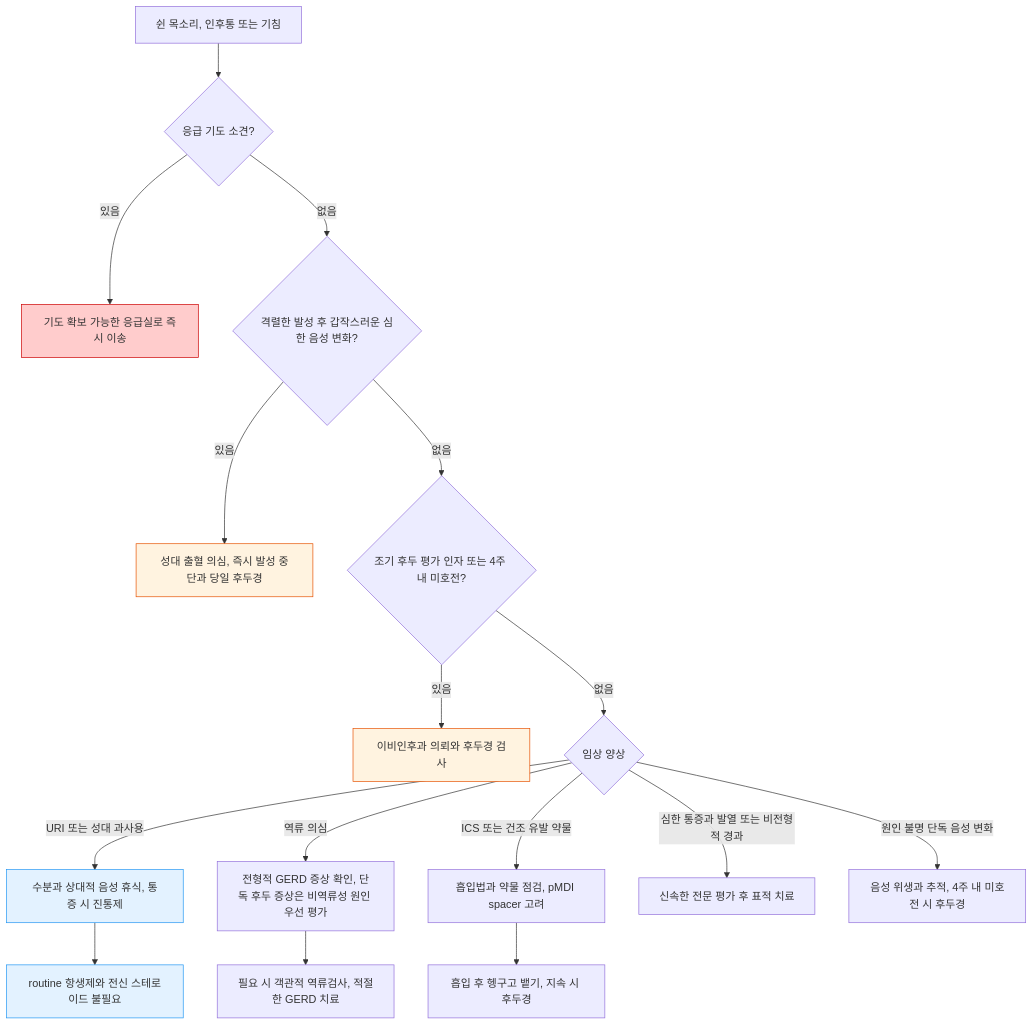
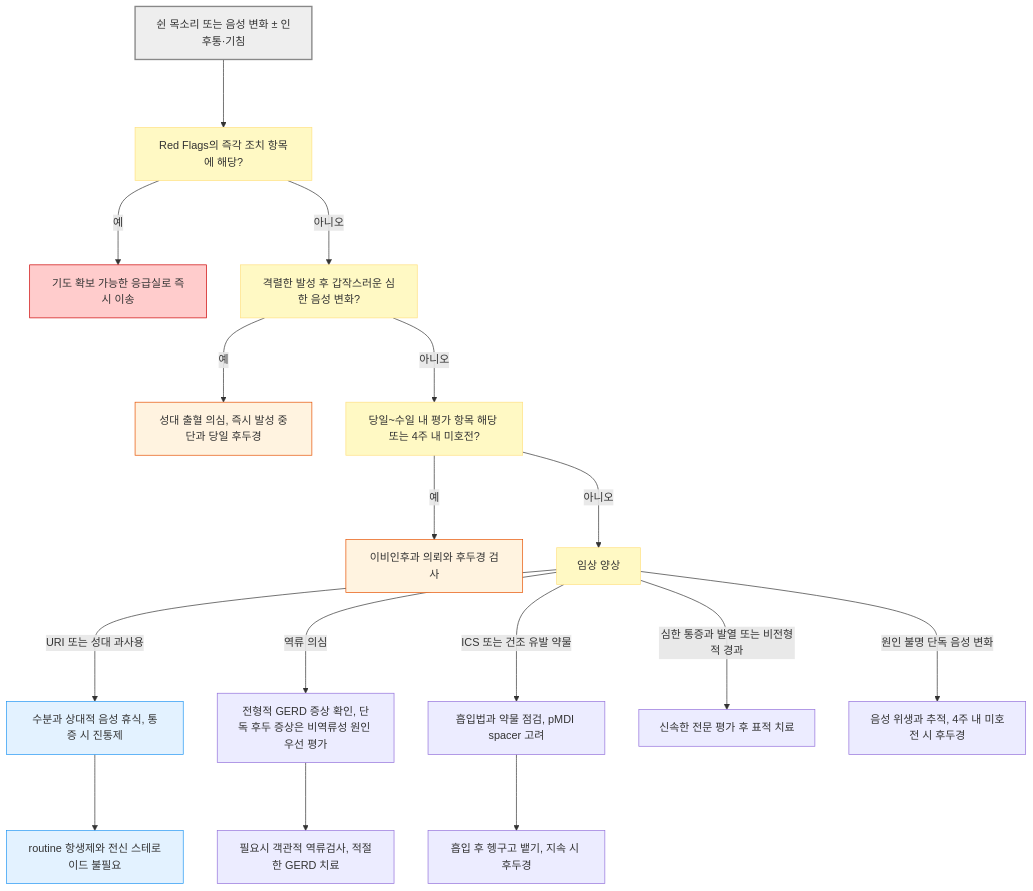
Before and after one commit to familyoh77/familyoh77: the diagram in 223_/063_-laryngitis.md, drawn with Mermaid. The commit also changed other lines of this file, not shown here.

````diff
--- a/223_/063_-laryngitis.md
+++ b/223_/063_-laryngitis.md
@@ -67,23 +68,28 @@
 ```mermaid
 graph TD
-    A["쉰 목소리, 인후통 또는 기침"] --> B{"응급 기도 소견?"}
-    B -->|있음| C["기도 확보 가능한 응급실로 즉시 이송"]
-    B -->|없음| D{"격렬한 발성 후 갑작스러운 심한 음성 변화?"}
-    D -->|있음| E["성대 출혈 의심, 즉시 발성 중단과 당일 후두경"]
-    D -->|없음| F{"조기 후두 평가 인자 또는 4주 내 미호전?"}
-    F -->|있음| G["이비인후과 의뢰와 후두경 검사"]
-    F -->|없음| H{"임상 양상"}
-    H -->|URI 또는 성대 과사용| I["수분과 상대적 음성 휴식, 통증 시 진통제"]
-    H -->|역류 의심| J["전형적 GERD 증상 확인, 단독 후두 증상은 비역류성 원인 우선 평가"]
-    H -->|ICS 또는 건조 유발 약물| K["흡입법과 약물 점검, pMDI spacer 고려"]
-    H -->|심한 통증과 발열 또는 비전형적 경과| L["신속한 전문 평가 후 표적 치료"]
-    H -->|원인 불명 단독 음성 변화| M["음성 위생과 추적, 4주 내 미호전 시 후두경"]
-    I --> N["routine 항생제와 전신 스테로이드 불필요"]
-    J --> O["필요 시 객관적 역류검사, 적절한 GERD 치료"]
-    K --> P["흡입 후 헹구고 뱉기, 지속 시 후두경"]
+    A["쉰 목소리 또는 음성 변화 ± 인후통·기침"] ---> B["Red Flags의 즉각 조치 항목에 해당?"]
+    B --->|예| C["기도 확보 가능한 응급실로 즉시 이송"]
+    B --->|아니오| D["격렬한 발성 후 갑작스러운 심한 음성 변화?"]
+    D --->|예| E["성대 출혈 의심, 즉시 발성 중단과 당일 후두경"]
+    D --->|아니오| F["당일~수일 내 평가 항목 해당 또는 4주 내 미호전?"]
+    F --->|예| G["이비인후과 의뢰와 후두경 검사"]
+    F --->|아니오| H["임상 양상"]
+    H --->|URI 또는 성대 과사용| I["수분과 상대적 음성 휴식, 통증 시 진통제"]
+    H --->|역류 의심| J["전형적 GERD 증상 확인, 단독 후두 증상은 비역류성 원인 우선 평가"]
+    H --->|ICS 또는 건조 유발 약물| K["흡입법과 약물 점검, pMDI spacer 고려"]
+    H --->|심한 통증과 발열 또는 비전형적 경과| L["신속한 전문 평가 후 표적 치료"]
+    H --->|원인 불명 단독 음성 변화| M["음성 위생과 추적, 4주 내 미호전 시 후두경"]
+    I ---> N["routine 항생제와 전신 스테로이드 불필요"]
+    J ---> O["필요시 객관적 역류검사, 적절한 GERD 치료"]
+    K ---> P["흡입 후 헹구고 뱉기, 지속 시 후두경"]
+    style A fill:#eeeeee,stroke:#888888,stroke-width:2px
+    style B fill:#fff9c4,stroke:#ffe082
+    style D fill:#fff9c4,stroke:#ffe082
+    style F fill:#fff9c4,stroke:#ffe082
+    style H fill:#fff9c4,stroke:#ffe082
     style C fill:#ffcccc,stroke:#cc0000
     style E fill:#fff3e0,stroke:#e65100
     style G fill:#fff3e0,stroke:#e65100
     style I fill:#e3f2ff,stroke:#2196f3
     style N fill:#e3f2ff,stroke:#2196f3
 ```
````
